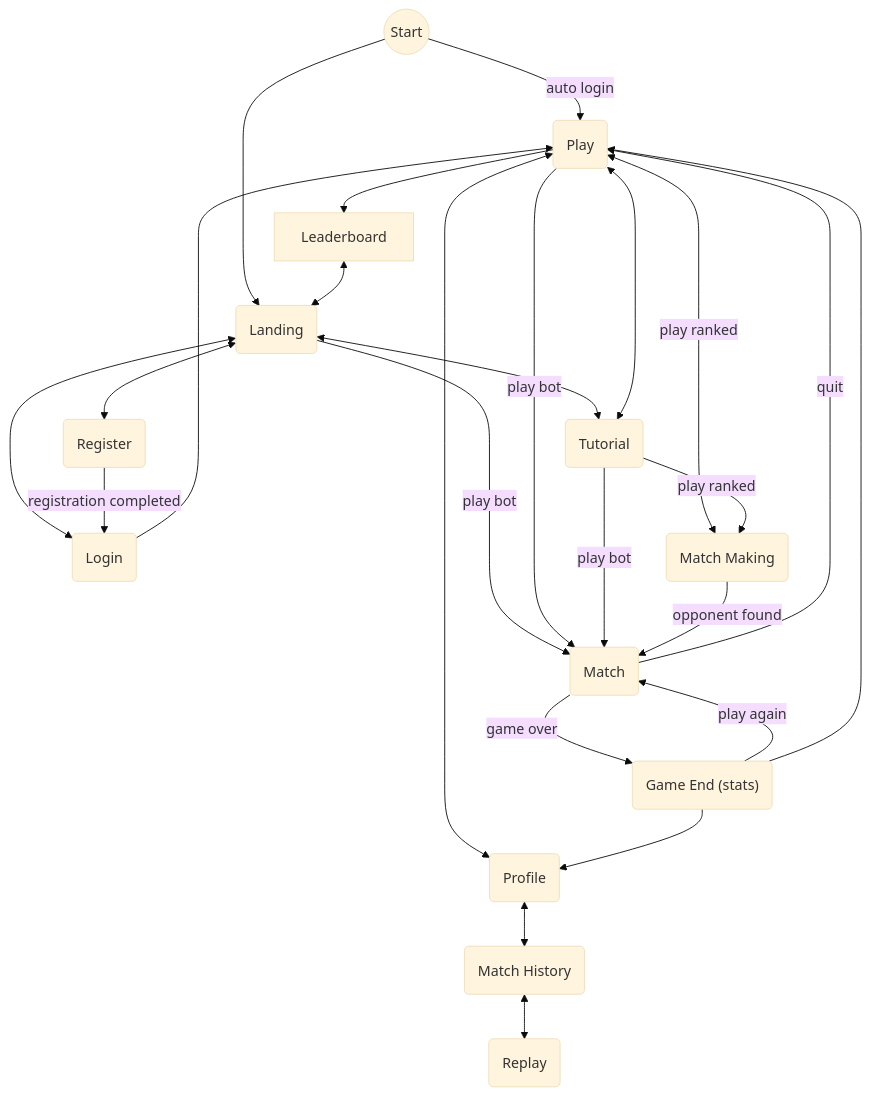
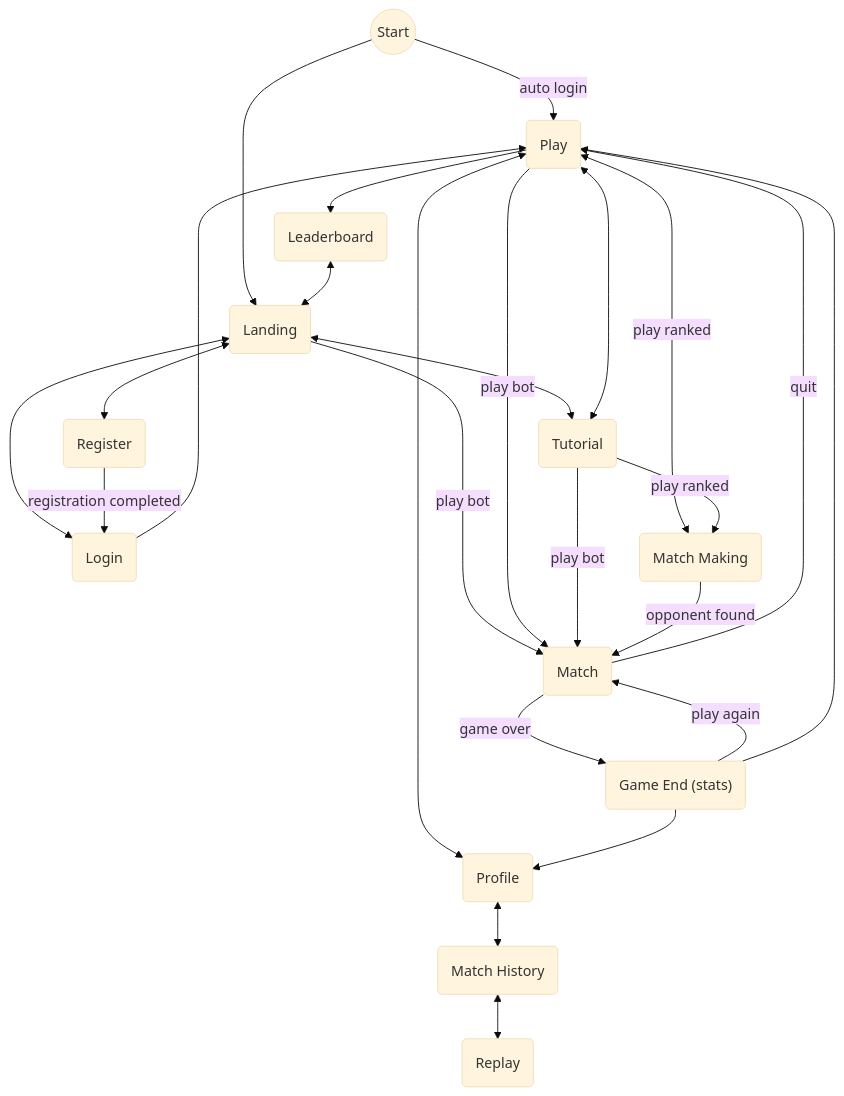
One commit to AndreaB2000/ASW-project changed the first of 7 diagrams in docs/report.md. Above: the diagram before and after it, drawn with Mermaid (base theme).

Commit message:
docs: update report

````diff
--- a/docs/report.md
+++ b/docs/report.md
@@ -133,27 +133,27 @@
 ```mermaid
 flowchart TD
     A@{ shape: circle, label: "Start" } -->|auto login| Play(Play)
     A@{ shape: circle, label: "Start" } --> Landing(Landing)
     Landing <--> Login(Login)
     Landing <--> Register(Register)
     Landing <--> Tutorial(Tutorial)
     Landing -->|play bot| Match
     Register -->|registration completed| Login
     Login --> Play
     Play <--> Tutorial(Tutorial)
     Play <-->|play ranked| MatchMaking(Match Making)
     Play -->|play bot| Match
     Play <--> Profile(Profile)
     Tutorial -->|play ranked| MatchMaking
     Tutorial -->|play bot| Match
     MatchMaking -->|opponent found| Match(Match)
     Match -->|quit| Play
     Match -->|game over| GameEnd("Game End (stats)")
     GameEnd -->|play again| Match
     GameEnd --> Play
-    Play --> Leaderboard
+    Play --> Leaderboard(Leaderboard)
     GameEnd --> Profile
     Leaderboard <--> Landing
     Profile <--> MatchHistory(Match History)
     MatchHistory <--> Replay(Replay)
 ```
````
